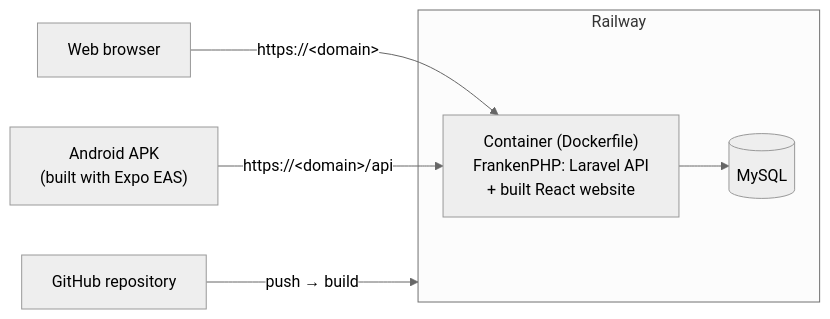
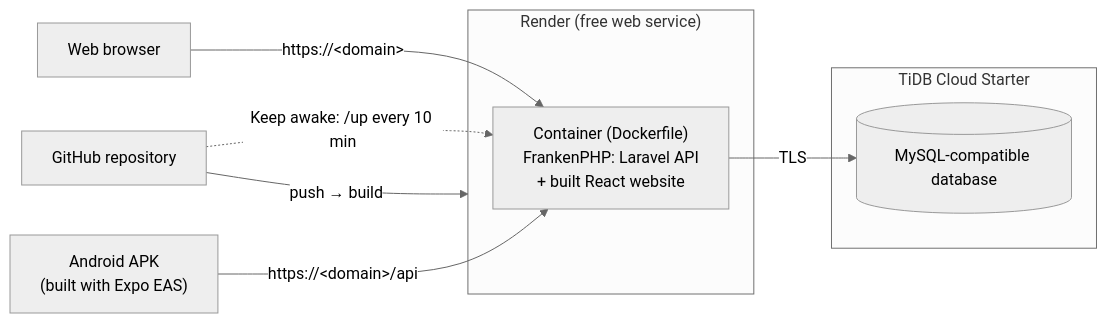
Before and after one commit to JonasBondoc26/Smart-Toll: the fifth of 5 diagrams in docs/ARCHITECTURE.md, drawn with Mermaid (neutral theme). The commit also changed other lines of this file and 10 other files, not shown here.

First line of the commit message:
Hosting: free Render service + TiDB Cloud database, with a keep-awake workflow

````diff
--- a/docs/ARCHITECTURE.md
+++ b/docs/ARCHITECTURE.md
@@ -124,11 +124,14 @@
 ```mermaid
 flowchart LR
     GH["GitHub repository"] -- "push → build" --> RW
-    subgraph RW["Railway"]
+    subgraph RW["Render (free web service)"]
         C["Container (Dockerfile)<br/>FrankenPHP: Laravel API<br/>+ built React website"]
-        MY[("MySQL")]
-        C --> MY
     end
+    subgraph DB["TiDB Cloud Starter"]
+        MY[("MySQL-compatible database")]
+    end
+    C -- "TLS" --> MY
+    GH -. "Keep awake: /up every 10 min" .-> C
     Browser["Web browser"] -- "https://&lt;domain&gt;" --> C
     APK["Android APK<br/>(built with Expo EAS)"] -- "https://&lt;domain&gt;/api" --> C
 ```
````
